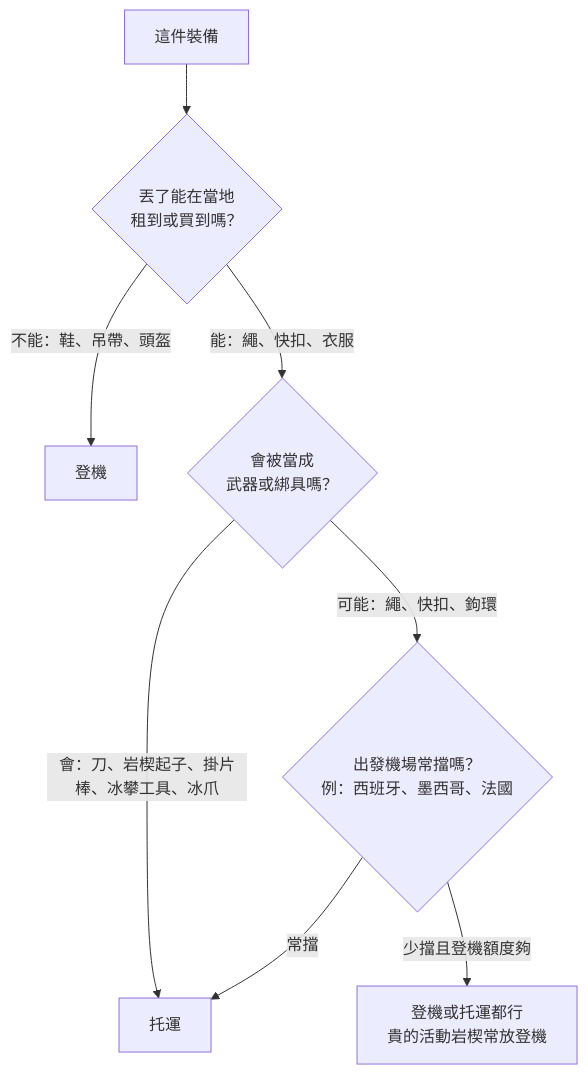
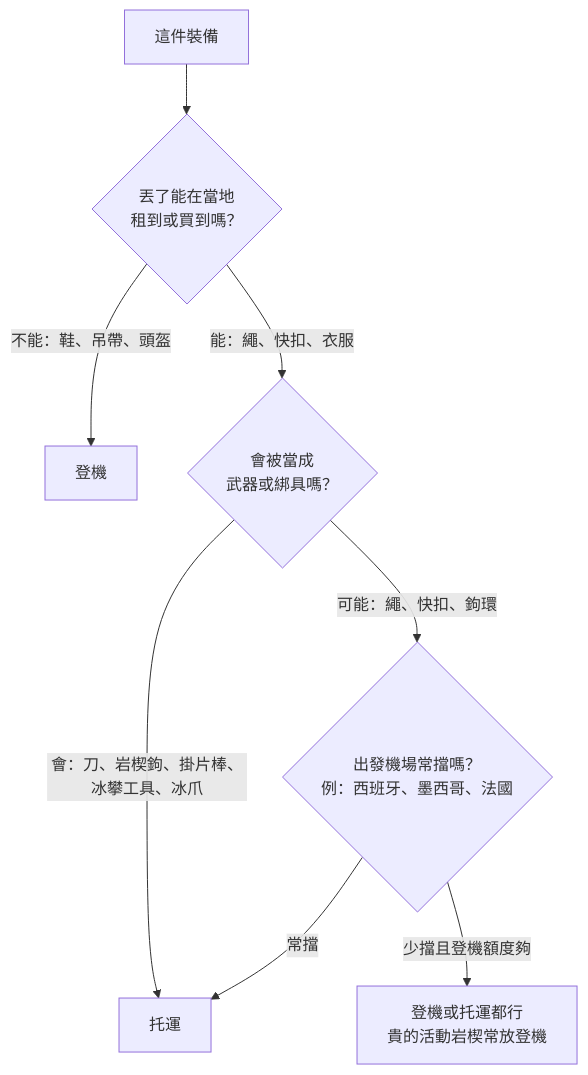
One commit to vincentxuu/quidproquo changed the diagram in src/content/posts/climbing/2026-10-19-climbing-travel-packing-examples.md. Above: the diagram before and after it, drawn with Mermaid. The commit also changed other lines of this file and 6 other files, not shown here.

First line of the commit message:
fix(climbing): 「岩楔起子」改為台灣用語「岩楔鉤（nut tool）」

````diff
--- a/src/content/posts/climbing/2026-10-19-climbing-travel-packing-examples.md
+++ b/src/content/posts/climbing/2026-10-19-climbing-travel-packing-examples.md
@@ -332,10 +332,10 @@
 ```mermaid
 flowchart TB
   A["這件裝備"] --> B{"丟了能在當地<br/>租到或買到嗎？"}
   B -->|"不能：鞋、吊帶、頭盔"| C["登機"]
   B -->|"能：繩、快扣、衣服"| D{"會被當成<br/>武器或綁具嗎？"}
-  D -->|"會：刀、岩楔起子、掛片棒、冰攀工具、冰爪"| E["托運"]
+  D -->|"會：刀、岩楔鉤、掛片棒、冰攀工具、冰爪"| E["托運"]
   D -->|"可能：繩、快扣、鉤環"| F{"出發機場常擋嗎？<br/>例：西班牙、墨西哥、法國"}
   F -->|"常擋"| E
   F -->|"少擋且登機額度夠"| G["登機或托運都行<br/>貴的活動岩楔常放登機"]
 ```
````
